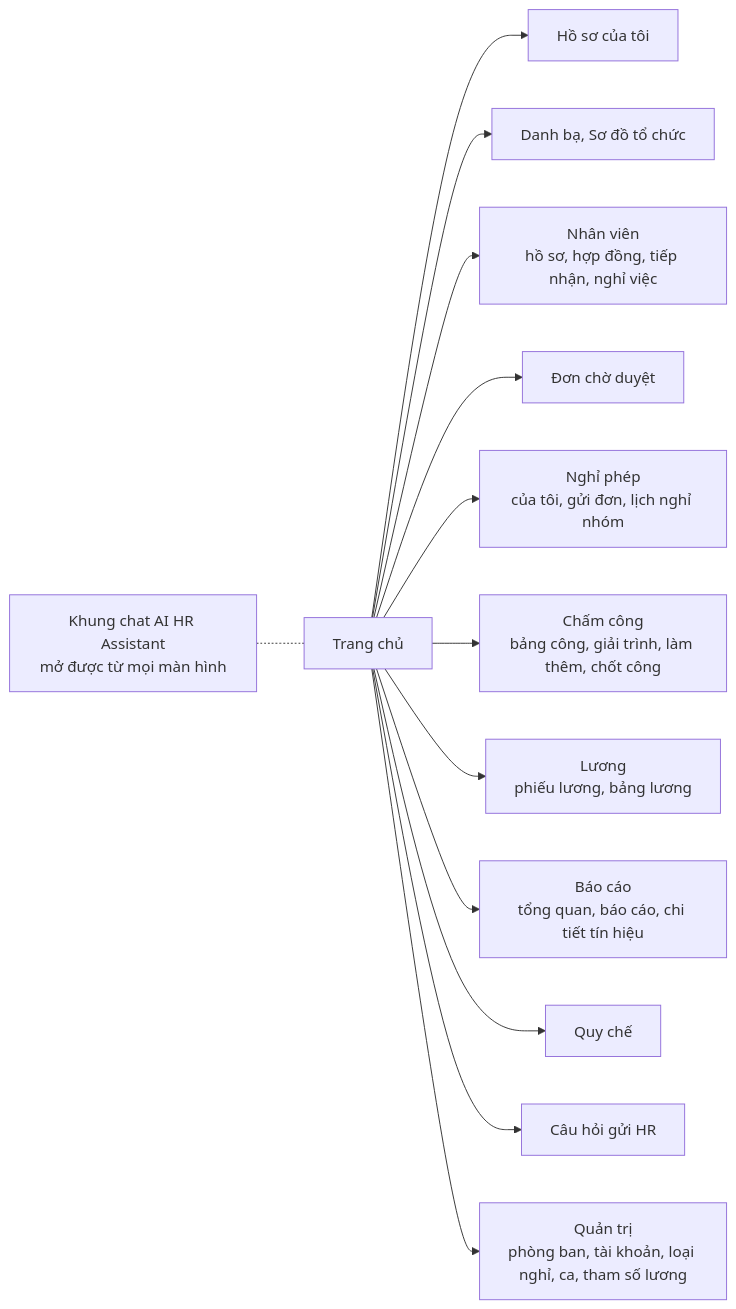
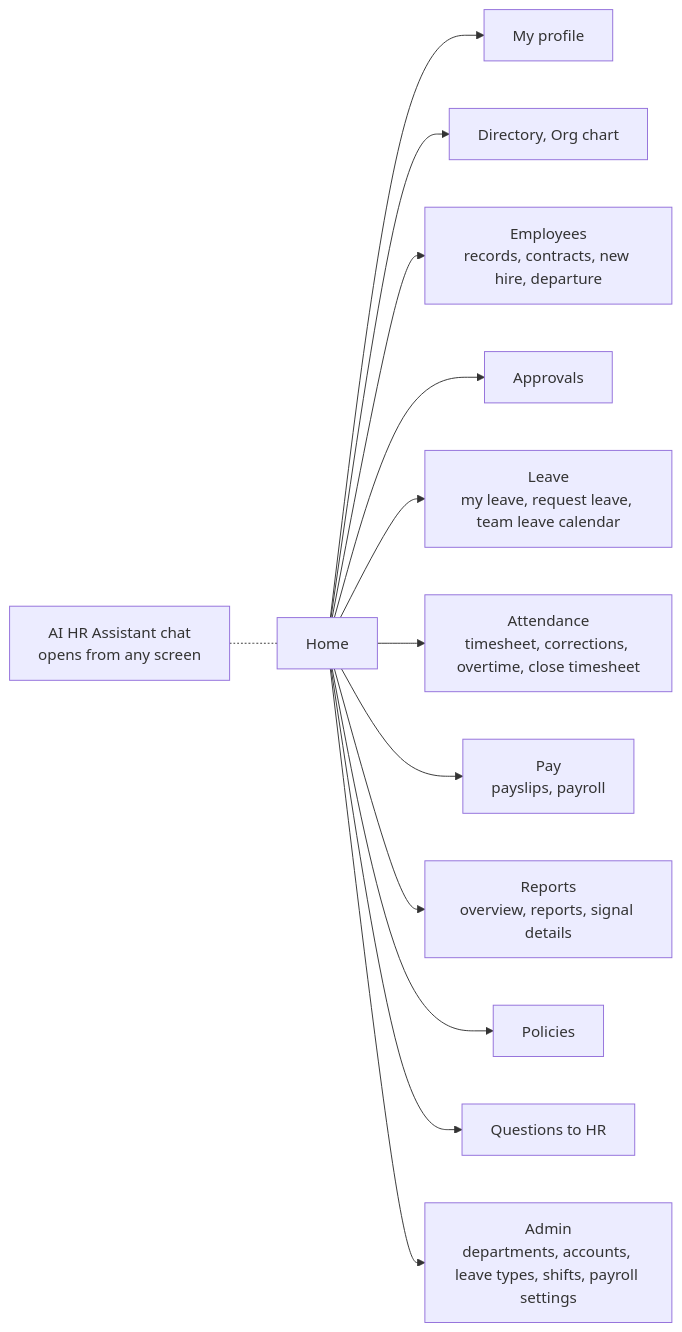
One commit to pbaodev/hr-manager changed the second of 2 diagrams in README.md. Above: the diagram before and after it, drawn with Mermaid. The commit also changed other lines of this file and 1 other file, not shown here.

Commit message:
docs: viết README bằng tiếng Anh, thêm ảnh prototype (#77)

````diff
--- a/README.md
+++ b/README.md
@@ -184,16 +194,16 @@
 ```mermaid
 flowchart LR
-  HOME["Trang chủ"]
-  HOME --> ME["Hồ sơ của tôi"]
-  HOME --> DIR["Danh bạ, Sơ đồ tổ chức"]
-  HOME --> EMP["Nhân viên<br/>hồ sơ, hợp đồng, tiếp nhận, nghỉ việc"]
-  HOME --> APR["Đơn chờ duyệt"]
-  HOME --> LV["Nghỉ phép<br/>của tôi, gửi đơn, lịch nghỉ nhóm"]
-  HOME --> AT["Chấm công<br/>bảng công, giải trình, làm thêm, chốt công"]
-  HOME --> PY["Lương<br/>phiếu lương, bảng lương"]
-  HOME --> RP["Báo cáo<br/>tổng quan, báo cáo, chi tiết tín hiệu"]
-  HOME --> POL["Quy chế"]
-  HOME --> HQ["Câu hỏi gửi HR"]
-  HOME --> ADM["Quản trị<br/>phòng ban, tài khoản, loại nghỉ, ca, tham số lương"]
-  CHAT["Khung chat AI HR Assistant<br/>mở được từ mọi màn hình"] -.- HOME
+  HOME["Home"]
+  HOME --> ME["My profile"]
+  HOME --> DIR["Directory, Org chart"]
+  HOME --> EMP["Employees<br/>records, contracts, new hire, departure"]
+  HOME --> APR["Approvals"]
+  HOME --> LV["Leave<br/>my leave, request leave, team leave calendar"]
+  HOME --> AT["Attendance<br/>timesheet, corrections, overtime, close timesheet"]
+  HOME --> PY["Pay<br/>payslips, payroll"]
+  HOME --> RP["Reports<br/>overview, reports, signal details"]
+  HOME --> POL["Policies"]
+  HOME --> HQ["Questions to HR"]
+  HOME --> ADM["Admin<br/>departments, accounts, leave types, shifts, payroll settings"]
+  CHAT["AI HR Assistant chat<br/>opens from any screen"] -.- HOME
 ```
````
